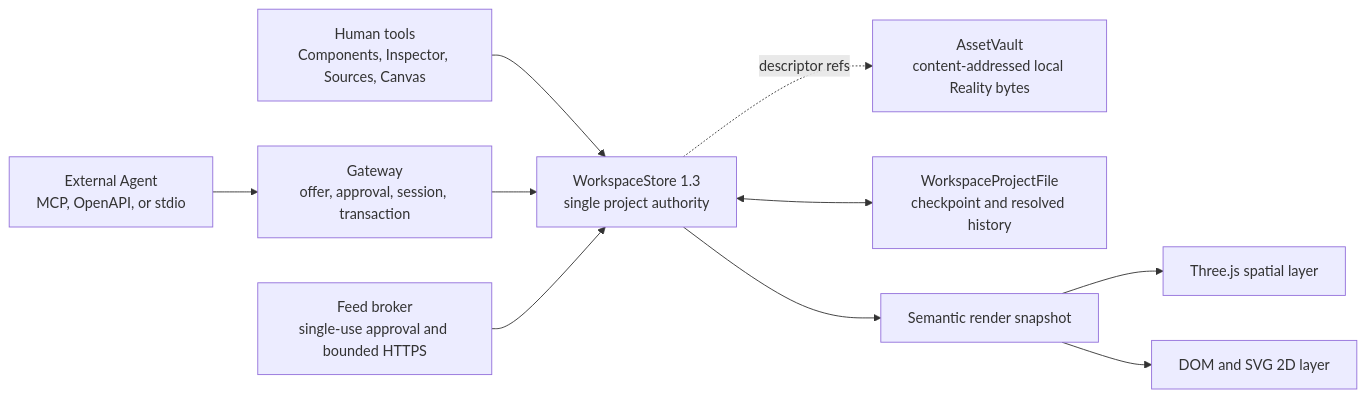
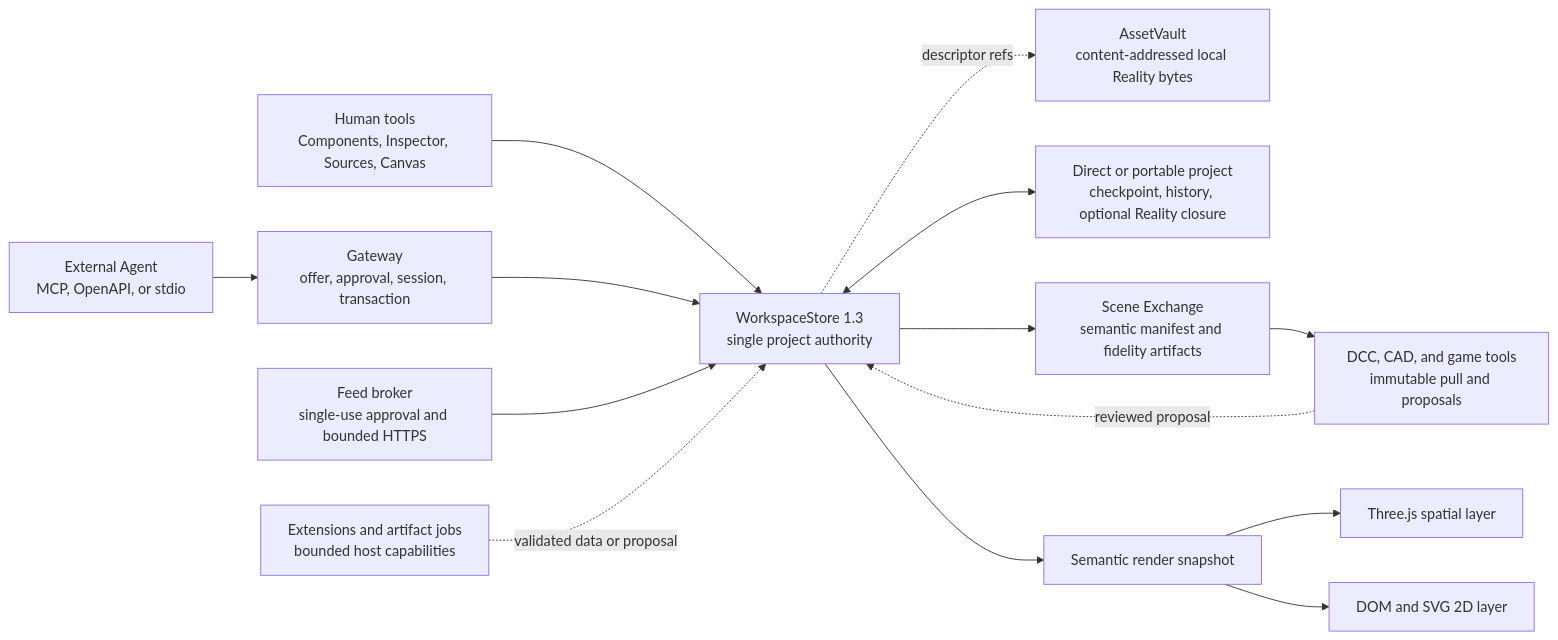
The second of 2 diagrams in README.md (riseagain1/semaframe), drawn with Mermaid before and after one commit. The commit also changed other lines of this file and 238 other files, not shown here.

````diff
--- a/README.md
+++ b/README.md
@@ -781,22 +907,28 @@
 ```mermaid
 flowchart LR
     Human["Human tools<br/>Components, Inspector, Sources, Canvas"]
     Agent["External Agent<br/>MCP, OpenAPI, or stdio"]
     Approval["Gateway<br/>offer, approval, session, transaction"]
     Feed["Feed broker<br/>single-use approval and bounded HTTPS"]
+    Providers["Extensions and artifact jobs<br/>bounded host capabilities"]
+    Downstream["DCC, CAD, and game tools<br/>immutable pull and proposals"]
     Store["WorkspaceStore 1.3<br/>single project authority"]
     Vault["AssetVault<br/>content-addressed local Reality bytes"]
-    Project["WorkspaceProjectFile<br/>checkpoint and resolved history"]
+    Project["Direct or portable project<br/>checkpoint, history, optional Reality closure"]
+    Exchange["Scene Exchange<br/>semantic manifest and fidelity artifacts"]
     Projection["Semantic render snapshot"]
     Three["Three.js spatial layer"]
     DOM["DOM and SVG 2D layer"]
 
     Human --> Store
     Agent --> Approval --> Store
     Feed --> Store
+    Providers -. validated data or proposal .-> Store
     Store <--> Project
+    Store --> Exchange --> Downstream
+    Downstream -. reviewed proposal .-> Store
     Store -. descriptor refs .-> Vault
     Store --> Projection
     Projection --> Three
     Projection --> DOM
 ```
````
